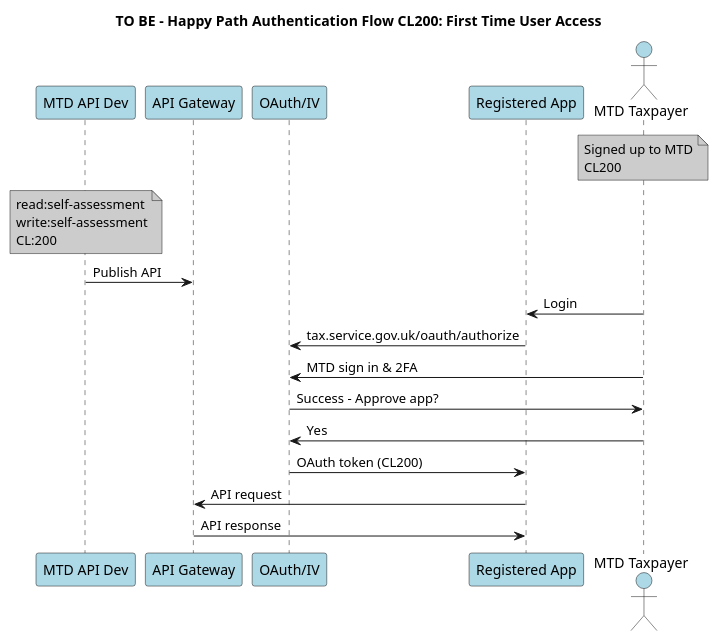
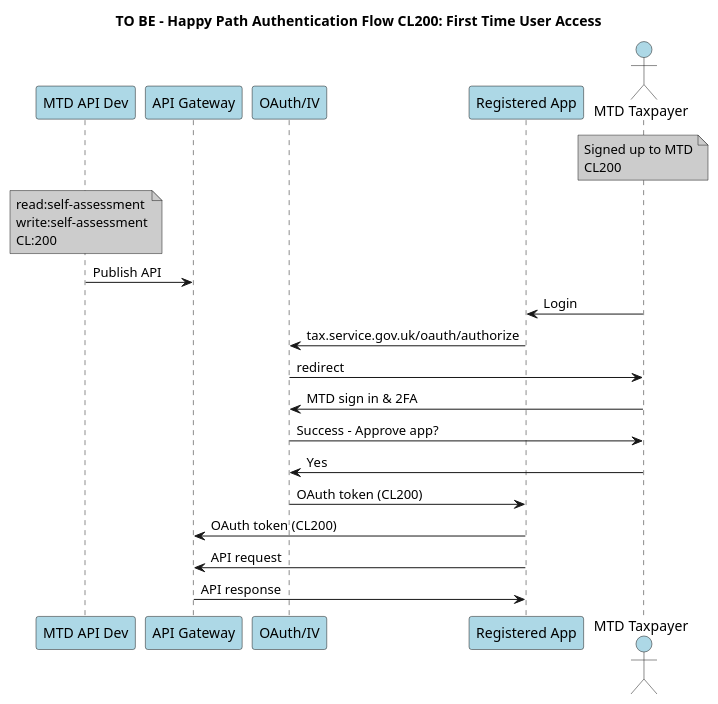
The diagram in Confidence Level/CL-200-Happy Path.puml (hmrc/api-architecture), drawn with PlantUML before and after one commit. The commit also changed other lines of this file and 829 other files, not shown here.

```diff
--- a/Confidence Level/CL-200-Happy Path.puml
+++ b/Confidence Level/CL-200-Happy Path.puml
@@ -1,32 +1,34 @@
 @startuml
 
 title
 TO BE - Happy Path Authentication Flow CL200: First Time User Access
 end title
 
 participant MTD as "MTD API Dev" #lightblue
 participant APIG as "API Gateway" #lightblue
 'participant IV as "Identity Verfication"
 participant OA as "OAuth/IV" #lightblue
 participant 3PV as "Registered App" #lightblue
 actor       TP  as "MTD Taxpayer" #lightblue
 note over TP #CCCCCC
 Signed up to MTD
 CL200
 end note
 note over MTD #CCCCCC
 read:self-assessment
 write:self-assessment
 CL:200
 end note
 MTD -> APIG : Publish API
 TP -> 3PV: Login
 3PV -> OA: tax.service.gov.uk/oauth/authorize
+OA -> TP: redirect
 TP -> OA: MTD sign in & 2FA
 OA -> TP: Success - Approve app?
 TP -> OA: Yes
 OA -> 3PV: OAuth token (CL200)
+3PV -> APIG: OAuth token (CL200)
 3PV -> APIG: API request
 APIG -> 3PV: API response
 
 @enduml
```
